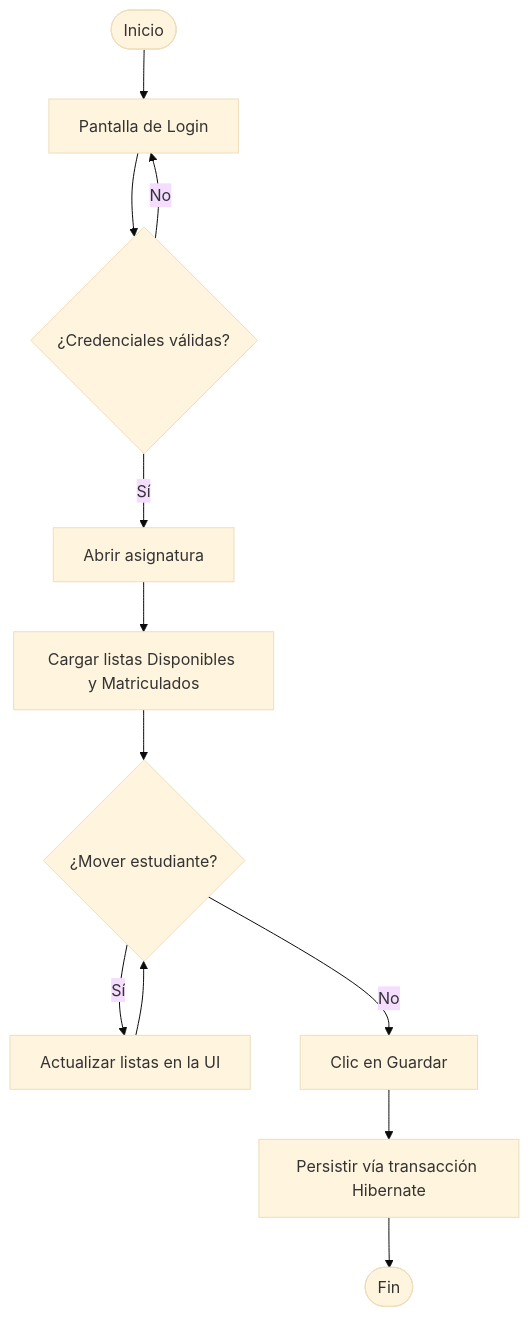
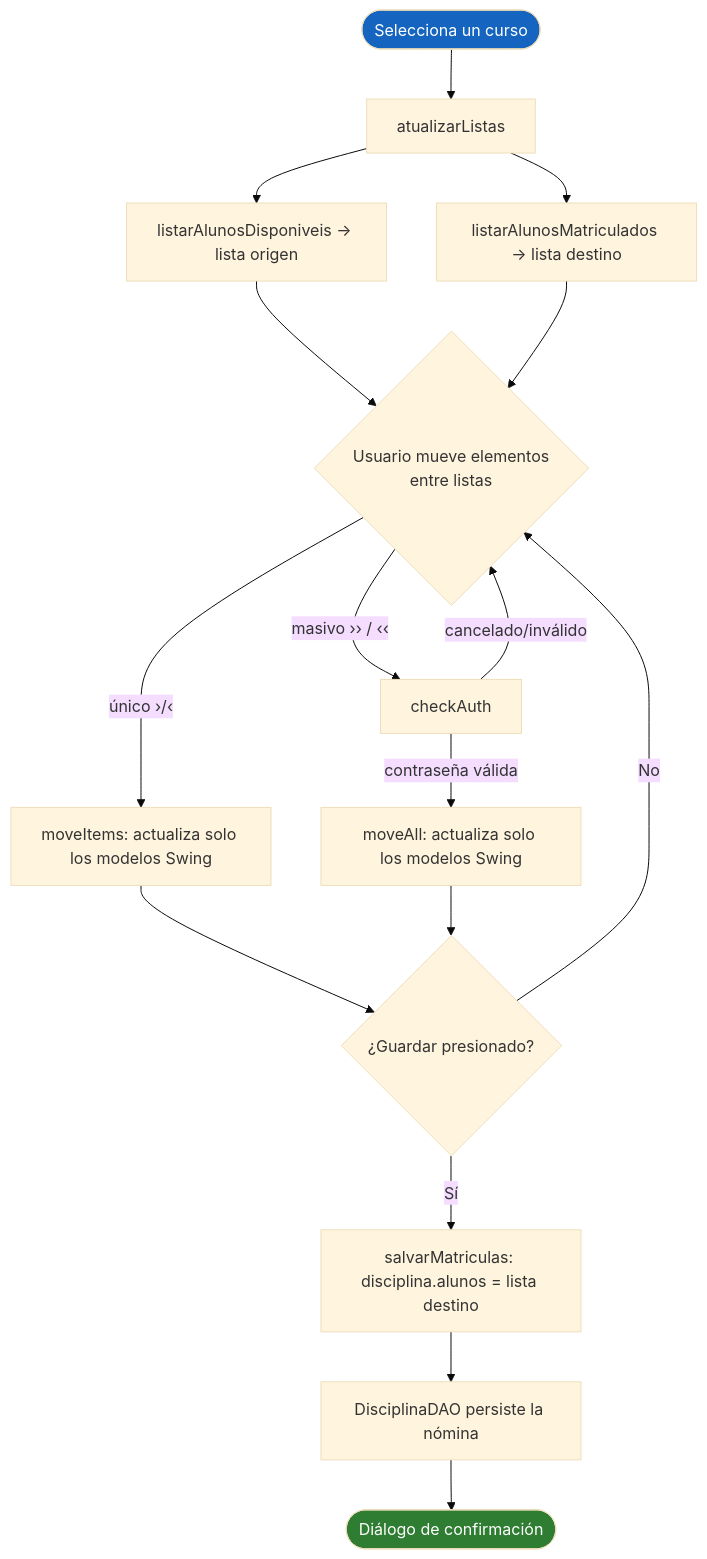
One commit to VictorHJesusSantiago/DualListHibernate changed the fifth of 6 diagrams in README_ES.md. Above: the diagram before and after it, drawn with Mermaid (base theme). The commit also changed other lines of this file and 1 other file, not shown here.

````diff
--- a/README_ES.md
+++ b/README_ES.md
@@ -521,14 +625,19 @@
 ```mermaid
 flowchart TD
-    A([Inicio]) --> B[Pantalla de Login]
-    B --> C{¿Credenciales válidas?}
-    C -- No --> B
-    C -- Sí --> D[Abrir asignatura]
-    D --> E[Cargar listas Disponibles y Matriculados]
-    E --> F{¿Mover estudiante?}
-    F -- Sí --> G[Actualizar listas en la UI]
-    G --> F
-    F -- No --> H[Clic en Guardar]
-    H --> I[Persistir vía transacción Hibernate]
-    I --> J([Fin])
+    A([Selecciona un curso]) --> B[atualizarListas]
+    B --> C[listarAlunosDisponiveis → lista origen]
+    B --> D[listarAlunosMatriculados → lista destino]
+    C & D --> E{Usuario mueve elementos<br/>entre listas}
+    E -->|único ›/‹| F[moveItems: actualiza solo los modelos Swing]
+    E -->|masivo ›› / ‹‹| G[checkAuth]
+    G -->|contraseña válida| H[moveAll: actualiza solo los modelos Swing]
+    G -->|cancelado/inválido| E
+    F & H --> I{¿Guardar presionado?}
+    I -- No --> E
+    I -- Sí --> J[salvarMatriculas: disciplina.alunos = lista destino]
+    J --> K[DisciplinaDAO persiste la nómina]
+    K --> L([Diálogo de confirmación])
+
+    style A fill:#1565C0,color:#fff
+    style L fill:#2E7D32,color:#fff
 ```
````
